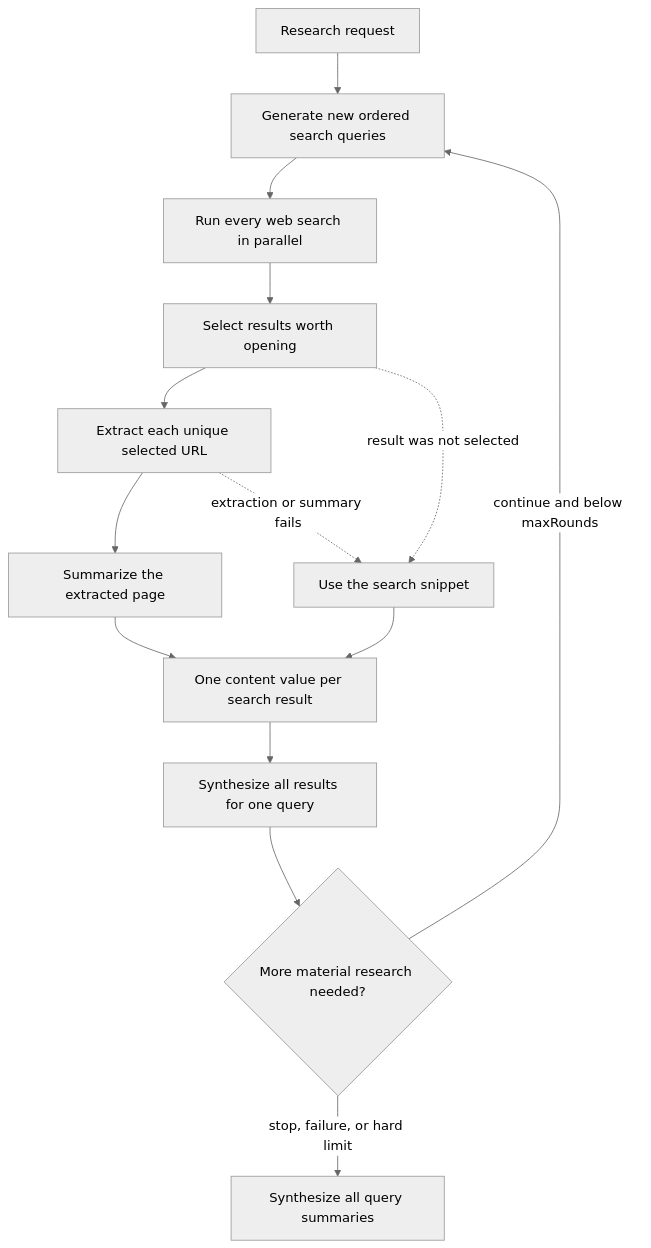
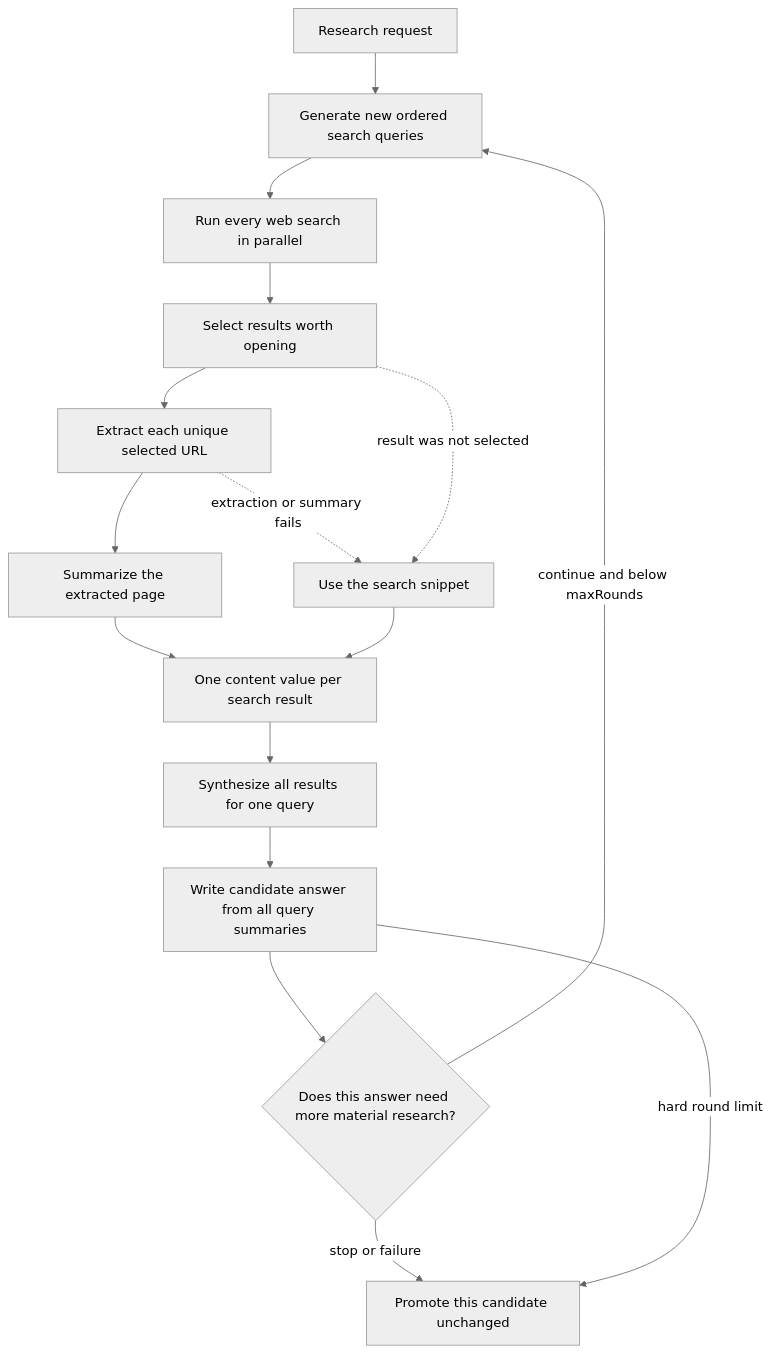
Before and after one commit to florianherrengt/deep-search-debate: the diagram in src/api/routes/docs/deep-search-pipeline.md, drawn with Mermaid (neutral theme). The commit also changed other lines of this file and 55 other files, not shown here.

````diff
--- a/src/api/routes/docs/deep-search-pipeline.md
+++ b/src/api/routes/docs/deep-search-pipeline.md
@@ -14,16 +16,18 @@
 ```mermaid
 flowchart TD
   request["Research request"] --> queries["Generate new ordered search queries"]
   queries --> search["Run every web search in parallel"]
   search --> select["Select results worth opening"]
   select --> extract["Extract each unique selected URL"]
   extract --> pageSummary["Summarize the extracted page"]
   extract -. "extraction or summary fails" .-> snippet["Use the search snippet"]
   select -. "result was not selected" .-> snippet
   pageSummary --> evidence["One content value per search result"]
   snippet --> evidence
   evidence --> querySummary["Synthesize all results for one query"]
-  querySummary --> review{"More material research needed?"}
+  querySummary --> candidate["Write candidate answer from all query summaries"]
+  candidate --> review{"Does this answer need more material research?"}
   review -- "continue and below maxRounds" --> queries
-  review -- "stop, failure, or hard limit" --> finalAnswer["Synthesize all query summaries"]
+  review -- "stop or failure" --> finalAnswer["Promote this candidate unchanged"]
+  candidate -- "hard round limit" --> finalAnswer
 ```
````
